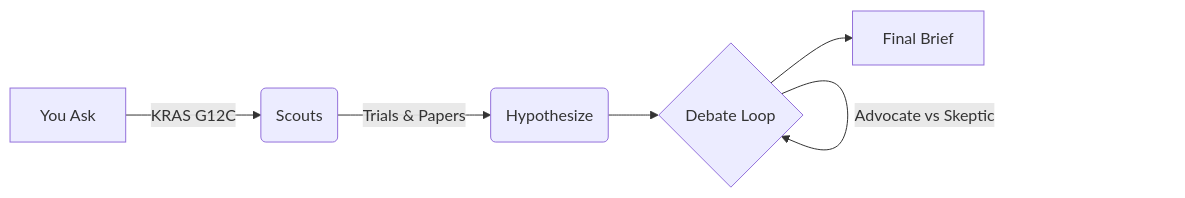
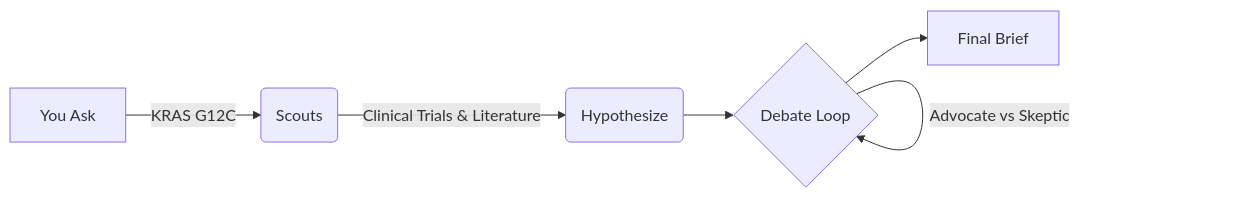
The first of 2 diagrams in README.md (Felixburton7/BioAgentic), drawn with Mermaid before and after one commit. The commit also changed other lines of this file, not shown here.

````diff
--- a/README.md
+++ b/README.md
@@ -40,8 +40,8 @@
 ```mermaid
 graph LR
     A[You Ask] --> |"KRAS G12C"| B(Scouts)
-    B --> |Trials & Papers| C(Hypothesize)
+    B --> |Clinical Trials & Literature| C(Hypothesize)
     C --> D{Debate Loop}
     D -- Advocate vs Skeptic --> D
     D --> E[Final Brief]
 ```
````
